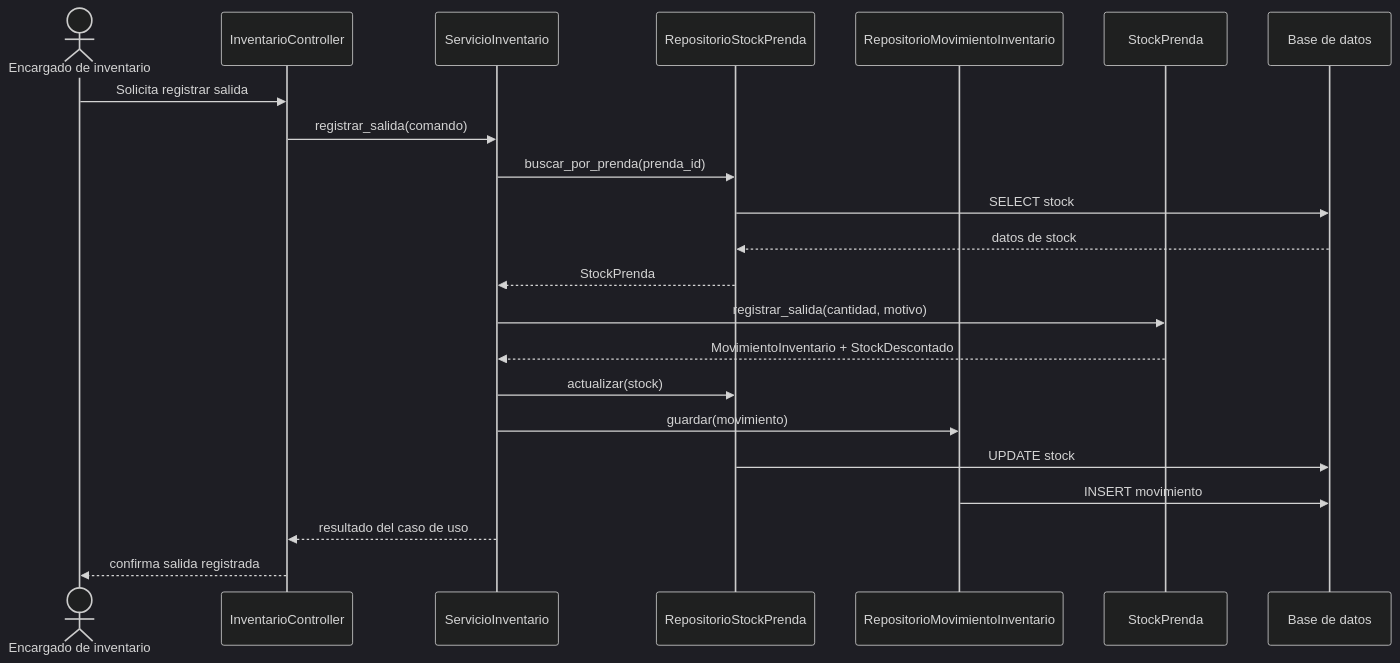
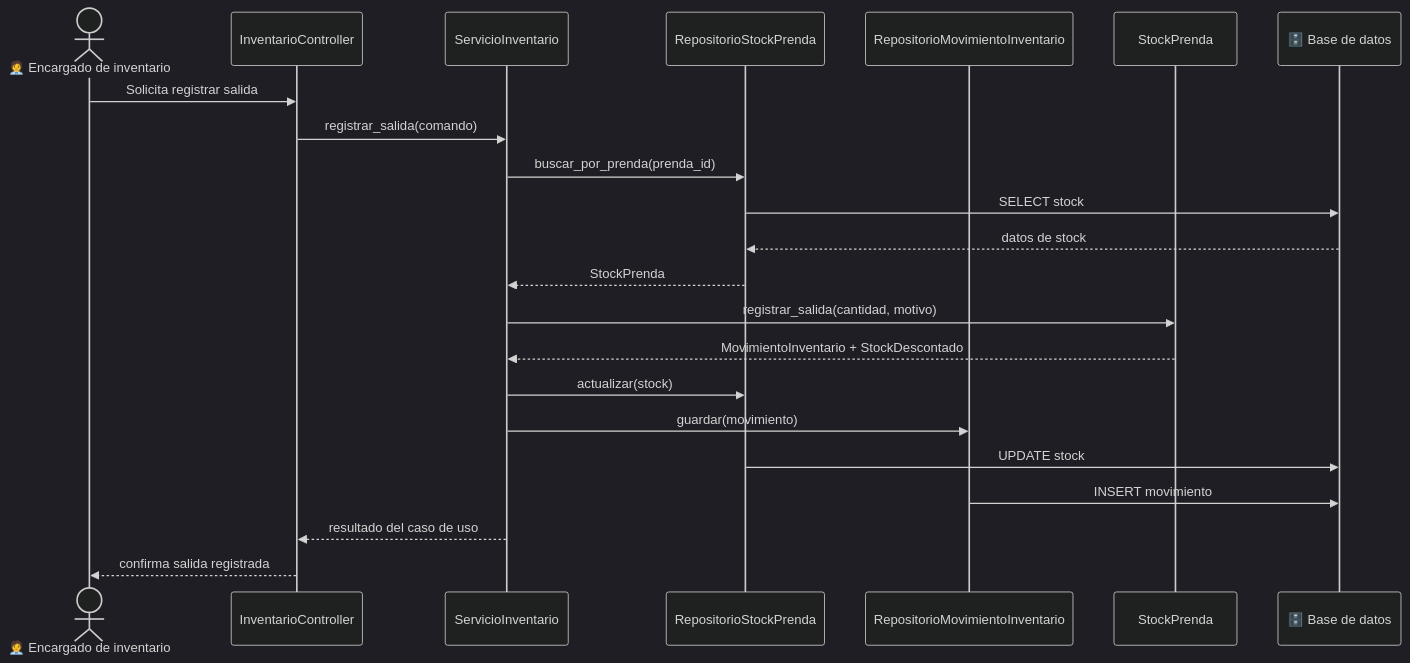
The seventh of 9 diagrams in README.md (javierRock/SoftwareTextil), drawn with Mermaid (dark theme) before and after one commit. The commit also changed other lines of this file and 9 other files, not shown here.

````diff
--- a/README.md
+++ b/README.md
@@ -642,25 +706,25 @@
 ```mermaid
 sequenceDiagram
-    actor Encargado as Encargado de inventario
+    actor Encargado as 🧑‍💼 Encargado de inventario
     participant API as InventarioController
     participant Servicio as ServicioInventario
     participant StockRepo as RepositorioStockPrenda
     participant MovRepo as RepositorioMovimientoInventario
     participant Stock as StockPrenda
-    participant DB as Base de datos
+    participant DB as 🗄️ Base de datos
 
     Encargado->>API: Solicita registrar salida
     API->>Servicio: registrar_salida(comando)
     Servicio->>StockRepo: buscar_por_prenda(prenda_id)
     StockRepo->>DB: SELECT stock
     DB-->>StockRepo: datos de stock
     StockRepo-->>Servicio: StockPrenda
     Servicio->>Stock: registrar_salida(cantidad, motivo)
     Stock-->>Servicio: MovimientoInventario + StockDescontado
     Servicio->>StockRepo: actualizar(stock)
     Servicio->>MovRepo: guardar(movimiento)
     StockRepo->>DB: UPDATE stock
     MovRepo->>DB: INSERT movimiento
     Servicio-->>API: resultado del caso de uso
     API-->>Encargado: confirma salida registrada
 ```
````
